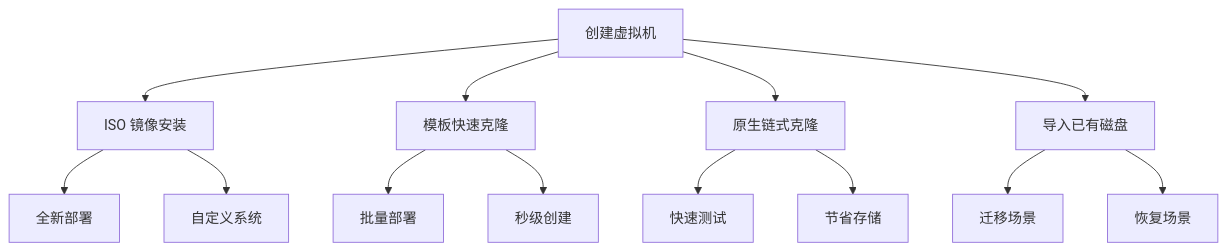
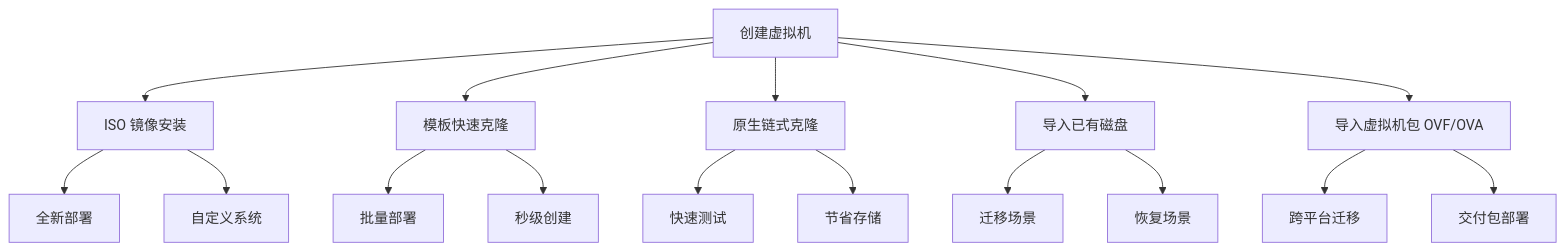
Before and after one commit to QVMConsole/docs: the first of 7 diagrams in docs/virtual-machine/creation-modes.mdx, drawn with Mermaid. The commit also changed other lines of this file and 37 other files, not shown here.

````diff
--- a/docs/virtual-machine/creation-modes.mdx
+++ b/docs/virtual-machine/creation-modes.mdx
@@ -13,19 +15,23 @@
 ```mermaid
 graph TD
     A[创建虚拟机] --> B[ISO 镜像安装]
     A --> C[模板快速克隆]
     A --> D[原生链式克隆]
     A --> E[导入已有磁盘]
-    
+    A --> F[导入虚拟机包 OVF/OVA]
+
     B --> B1[全新部署]
     B --> B2[自定义系统]
-    
+
     C --> C1[批量部署]
     C --> C2[秒级创建]
-    
+
     D --> D1[快速测试]
     D --> D2[节省存储]
-    
+
     E --> E1[迁移场景]
     E --> E2[恢复场景]
+
+    F --> F1[跨平台迁移]
+    F --> F2[交付包部署]
 ```
````
